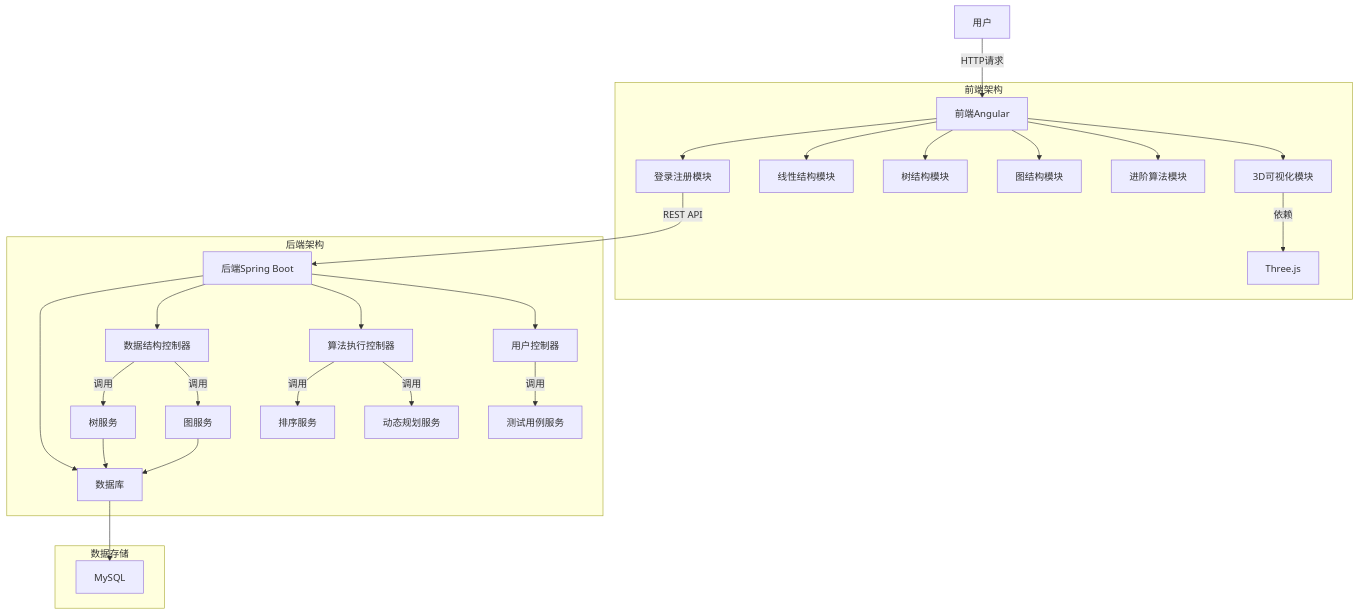
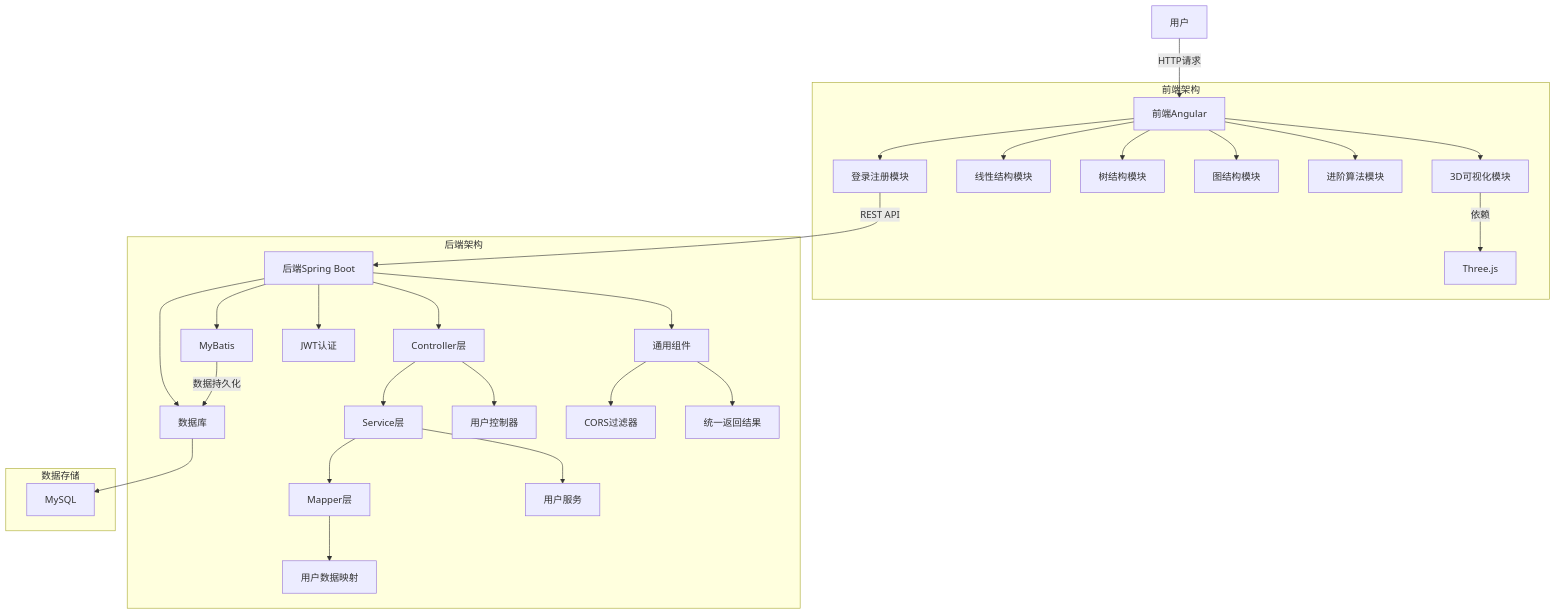
One commit to redskirt1/ds-visualizer changed the diagram in pj_report.md. Above: the diagram before and after it, drawn with Mermaid.

Commit message:
架构图v1

````diff
--- a/pj_report.md
+++ b/pj_report.md
@@ -15,36 +15,39 @@
 ```mermaid
 graph TD
     A[用户] -->|HTTP请求| B[前端Angular]
     B1[登录注册模块] -->|REST API| C[后端Spring Boot]
     C --> D[数据库]
-    
+
     subgraph 前端架构
         B --> B1[登录注册模块]
         B --> B2[线性结构模块]
         B --> B3[树结构模块]
         B --> B4[图结构模块]
         B --> B5[进阶算法模块]
         B --> B6[3D可视化模块]
-        
+
         B6 -->|依赖| B10[Three.js]
     end
-    
+
     subgraph 后端架构
-        C --> C1[数据结构控制器]
-        C --> C2[算法执行控制器]
-        C --> C3[用户控制器]
-        
-        C1 -->|调用| C5[树服务]
-        C1 -->|调用| C6[图服务]
-        C2 -->|调用| C7[排序服务]
-        C2 -->|调用| C8[动态规划服务]
-        C3 -->|调用| C9[测试用例服务]
-        
-        C5 --> D
-        C6 --> D
+        C --> C1[Controller层]
+        C1 --> C2[Service层]
+        C2 --> C3[Mapper层]
+
+        C1 --> C11[用户控制器]
+        C2 --> C21[用户服务]
+        C3 --> C31[用户数据映射]
+
+        C --> C4[通用组件]
+        C4 --> C41[CORS过滤器]
+        C4 --> C42[统一返回结果]
+
+        C --> C5[JWT认证]
+        C --> C6[MyBatis]
+        C6 -->|数据持久化| D
     end
-    
+
     subgraph 数据存储
         D --> D1[MySQL]
     end
 ```
````
